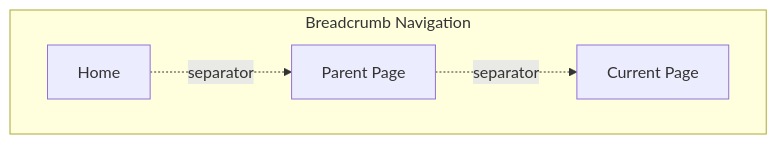
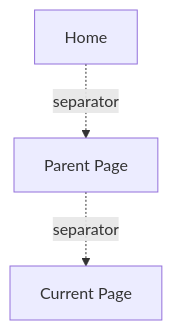
One commit to thedaviddias/ux-patterns-for-developers changed the diagram in apps/web/content/patterns/navigation/breadcrumb.mdx. Above: the diagram before and after it, drawn with Mermaid. The commit also changed 19 other files, not shown here.

````diff
--- a/apps/web/content/patterns/navigation/breadcrumb.mdx
+++ b/apps/web/content/patterns/navigation/breadcrumb.mdx
@@ -100,10 +100,5 @@
 ```mermaid
 flowchart TB
-subgraph Breadcrumb[Breadcrumb Navigation]
 A[Home] -.->|separator| B[Parent Page]
 B -.->|separator| C[Current Page]
-
-classDef container stroke:#666,stroke-width:2px
-class Breadcrumb container
-end
 ```
````
